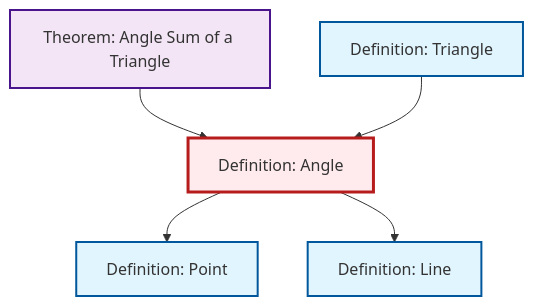
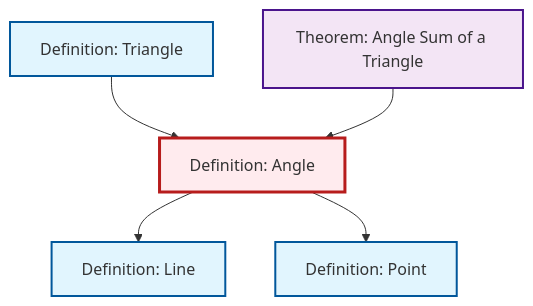
Before and after one commit to RK0429/ModernMath: the diagram in content/ja/geometry/def-angle.qmd, drawn with Mermaid. The commit also changed other lines of this file and 554 other files, not shown here.

````diff
--- a/content/ja/geometry/def-angle.qmd
+++ b/content/ja/geometry/def-angle.qmd
@@ -50,23 +50,23 @@
 ```{mermaid}
 %%| fig-cap: "Local dependency graph"
 graph TD
     classDef definition fill:#e1f5fe,stroke:#01579b,stroke-width:2px
     classDef theorem fill:#f3e5f5,stroke:#4a148c,stroke-width:2px
     classDef axiom fill:#fff3e0,stroke:#e65100,stroke-width:2px
     classDef example fill:#e8f5e9,stroke:#1b5e20,stroke-width:2px
     classDef current fill:#ffebee,stroke:#b71c1c,stroke-width:3px
     def-line["Definition: Line"]:::definition
+    def-triangle["Definition: Triangle"]:::definition
+    def-point["Definition: Point"]:::definition
+    thm-angle-sum-triangle["Theorem: Angle Sum of a Triangle"]:::theorem
     def-angle["Definition: Angle"]:::definition
-    thm-angle-sum-triangle["Theorem: Angle Sum of a Triangle"]:::theorem
-    def-point["Definition: Point"]:::definition
-    def-triangle["Definition: Triangle"]:::definition
+    def-triangle --> def-angle
+    def-angle --> def-line
     thm-angle-sum-triangle --> def-angle
-    def-triangle --> def-angle
     def-angle --> def-point
-    def-angle --> def-line
     class def-angle current
     click def-line "def-line.html" "Definition: Lineへ"
+    click def-triangle "def-triangle.html" "Definition: Triangleへ"
+    click def-point "def-point.html" "Definition: Pointへ"
     click thm-angle-sum-triangle "thm-angle-sum-triangle.html" "Theorem: Angle Sum of a Triangleへ"
-    click def-point "def-point.html" "Definition: Pointへ"
-    click def-triangle "def-triangle.html" "Definition: Triangleへ"
 ```
````
